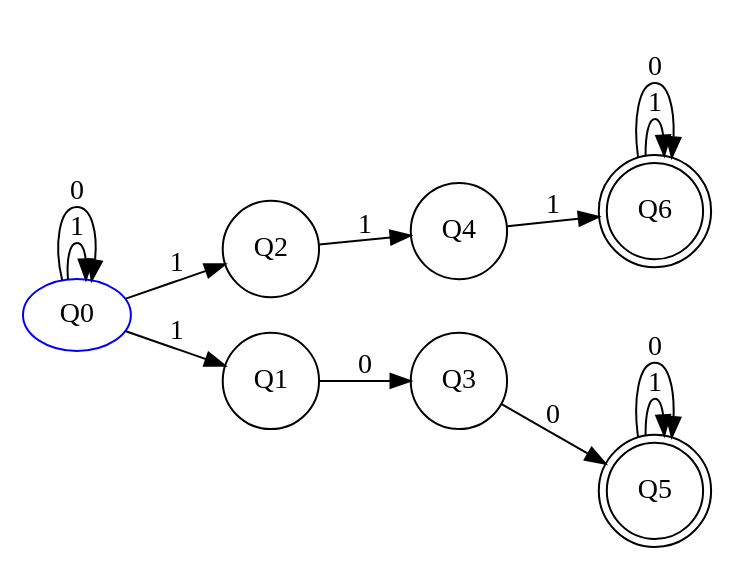
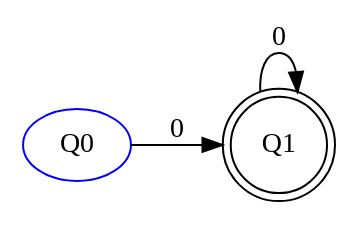
Before and after one commit to Ruting-Team/CGH-STDLIB: the diagram in nfa1.dot, drawn with Graphviz. The commit also changed 8 other files, not shown here.

```diff
--- a/nfa1.dot
+++ b/nfa1.dot
@@ -1,19 +1,9 @@
 digraph {
 rankdir=LR;
 Q0[color=blue];
 node [shape=doublecircle];
-Q6 Q5 ;
+Q1 ;
 node [shape=circle];
-Q6 -> Q6[label="1"];
-Q6 -> Q6[label="0"];
-Q4 -> Q6[label="1"];
-Q3 -> Q5[label="0"];
-Q2 -> Q4[label="1"];
-Q5 -> Q5[label="1"];
-Q5 -> Q5[label="0"];
-Q1 -> Q3[label="0"];
-Q0 -> Q2[label="1"];
-Q0 -> Q1[label="1"];
-Q0 -> Q0[label="1"];
-Q0 -> Q0[label="0"];
+Q1 -> Q1[label="0"];
+Q0 -> Q1[label="0"];
 }
```
